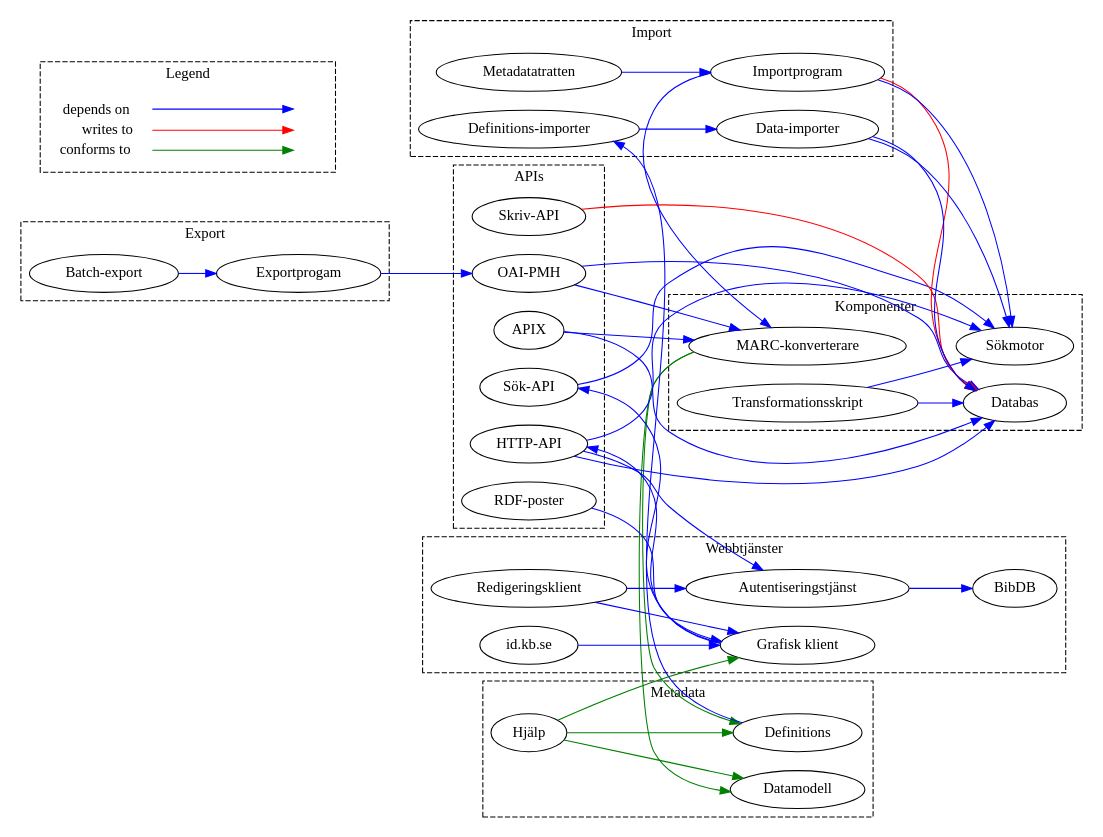
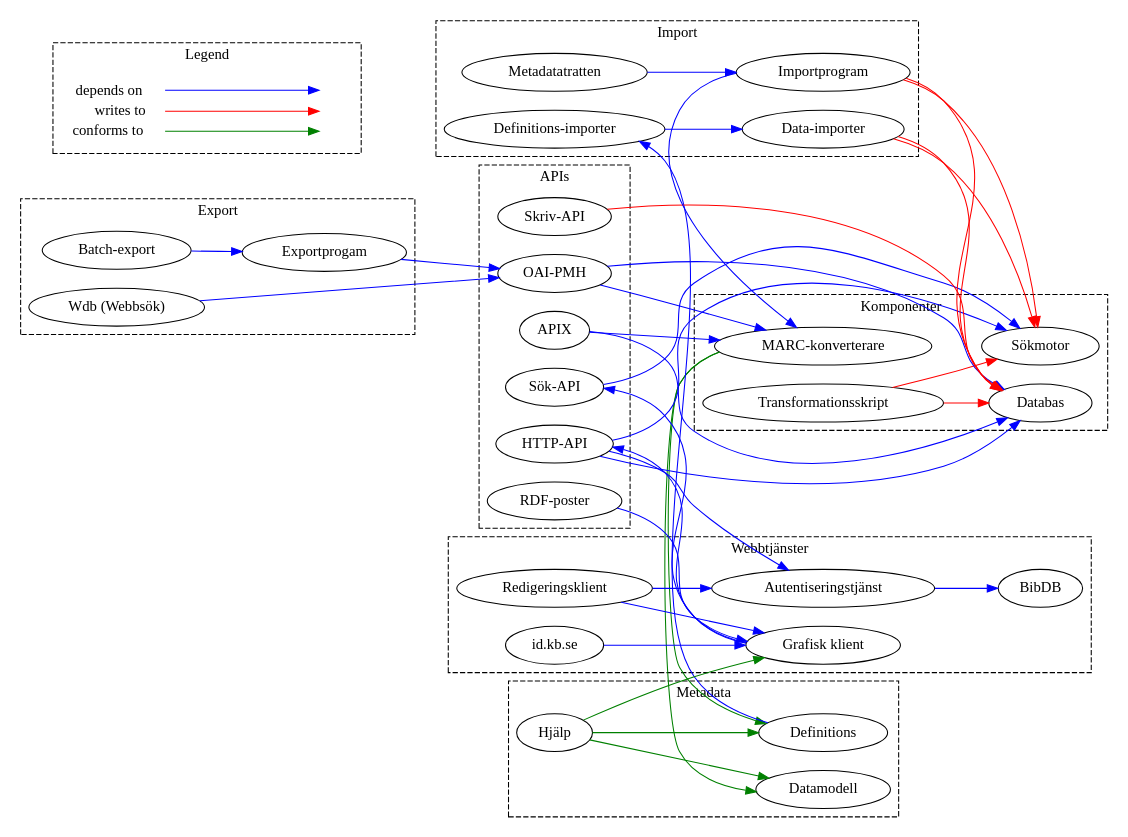
One commit to libris/librisxl changed the diagram in system_overview.dot. Above: the diagram before and after it, drawn with Graphviz.

Commit message:
Add to system overview.

```diff
--- a/system_overview.dot
+++ b/system_overview.dot
@@ -1,145 +1,153 @@
+// Build with:
+//dot -Tpng -o overview.png system_overview.dot
+
 digraph system_overview {
     rankdir="LR";
     edge[color="blue"];
 
     subgraph cluster_components {
         graph[style=dashed];
         label="Komponenter";
 
         lddb [label="Databas"];
         search [label="Sökmotor"];
         marc_converter [label="MARC-konverterare"];
         transform [label="Transformationsskript"];
     }
     marc_converter -> {
         defs
         model
     } [color="green"];
     transform -> {
         lddb
         search
-    };
+    } [color="red"];
 
     subgraph cluster_metadata {
         graph[style=dashed];
         label="Metadata";
 
         defs [label="Definitions"];
         model [label="Datamodell"];
         help [label="Hjälp"];
     }
     defs -> { defs_importer };
     help -> {
         viewer
         model
         defs
     } [color="green"];
 
     subgraph cluster_apis {
         graph[style=dashed];
         label="APIs";
 
         apix [label="APIX"];
         http_api [label="HTTP-API"]; // subgraph?
         oaipmh [label="OAI-PMH"];
         search_api [label="Sök-API"];
         write_api [label="Skriv-API"];
         record [label="RDF-poster"];
     }
     apix -> {
         lddb
         marc_converter
     };
     http_api -> {
         auth
         lddb
         search
     };
     oaipmh -> {
         lddb
         marc_converter
     } ;
     search_api -> { search };
     write_api -> { lddb }[color="red"];
     record -> { viewer };
 
     subgraph cluster_importers {
         graph[style=dashed];
         label="Import";
 
         import_program [label="Importprogram"];
         metadata_funnel [label="Metadatatratten"];
         data_importer [label="Data-importer"];
         defs_importer [label="Definitions-importer"];
     }
     import_program -> {
         marc_converter
+    };
+    import_program -> {
         search
-    };
+    }[color="red"];
+
     import_program -> {
         lddb
     } [color="red"];
     data_importer -> {
         lddb
         search
-    };
+    } [color="red"];
     defs_importer -> {
         data_importer
     };
     metadata_funnel -> { import_program };
 
     subgraph cluster_exporters {
         graph[style=dashed];
         label="Export";
 
         batch [label="Batch-export"];
         export_program [label="Exportprogam"];
+	wdb [label="Wdb (Webbsök)"];
     }
     batch -> { export_program };
     export_program -> {
         oaipmh
     };
+    wdb -> { oaipmh };
 
     subgraph cluster_webservices {
         graph[style=dashed];
         label="Webbtjänster";
 
         viewer [label="Grafisk klient"];
         editor [label="Redigeringsklient"];
         id [label="id.kb.se"];
         auth [label="Autentiseringstjänst"];
         bibdb [label="BibDB"];
     }
     viewer -> {
         search_api
         http_api
     };
     editor -> {
         auth
         viewer
     };
     id -> { viewer };
     auth -> { bibdb };
 
     /**
      * LEGEND
      */
     subgraph cluster_legend { 
         style="dashed";
         node [shape=plaintext]
         label = "Legend";
         key [label=<<table border="0" cellpadding="2" cellspacing="0" cellborder="0">
             <tr><td align="right" port="i1">depends on</td></tr>
             <tr><td align="right" port="i2">writes to</td></tr>
             <tr><td align="right" port="i3">conforms to</td></tr>
             </table>>]
             key2 [label=<<table border="0" cellpadding="2" cellspacing="0" cellborder="0">
             <tr><td port="i1">&nbsp;</td></tr>
             <tr><td port="i2">&nbsp;</td></tr>
             <tr><td port="i3">&nbsp;</td></tr>
             </table>>]
         key:i1:e -> key2:i1:w [clor=blue]
         key:i2:e -> key2:i2:w [color=red]
         key:i3:e -> key2:i3:w [color=green]
     }
 }
```
